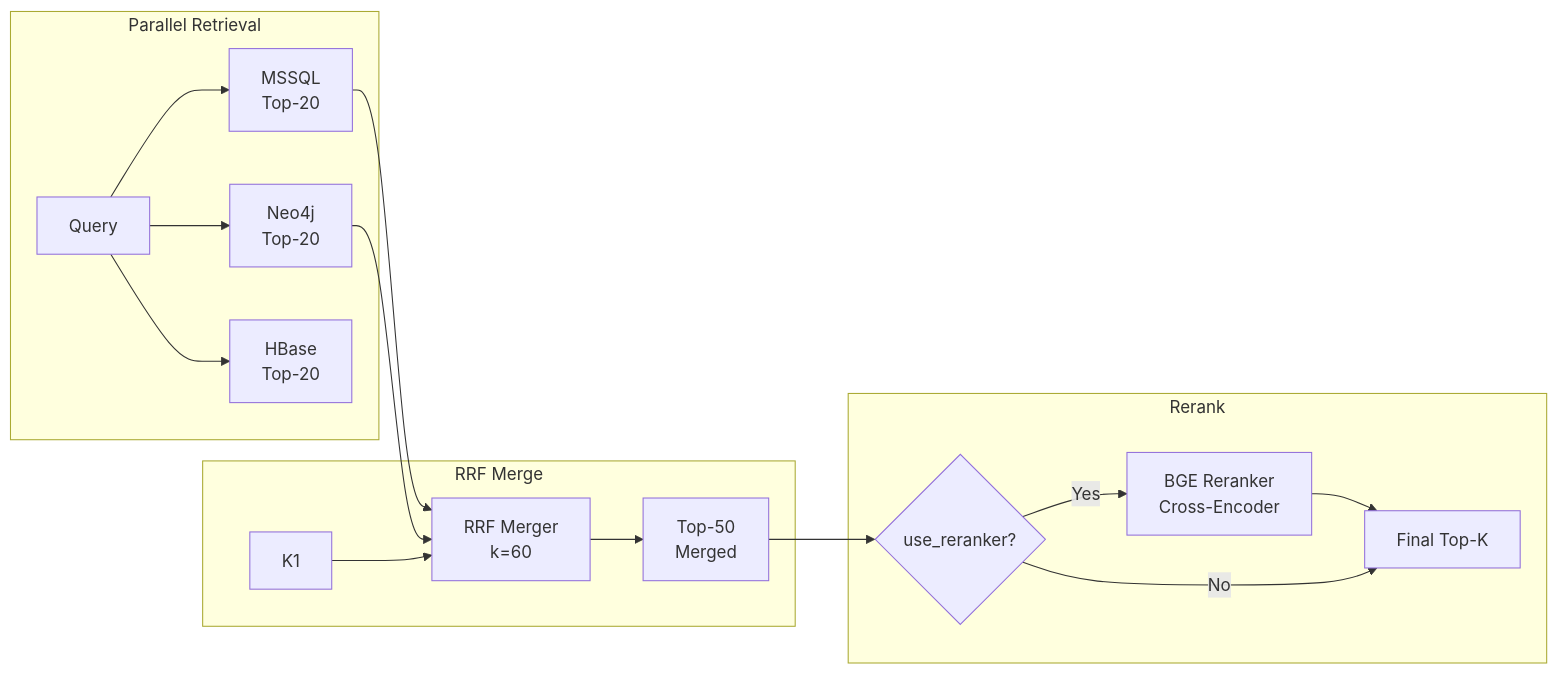
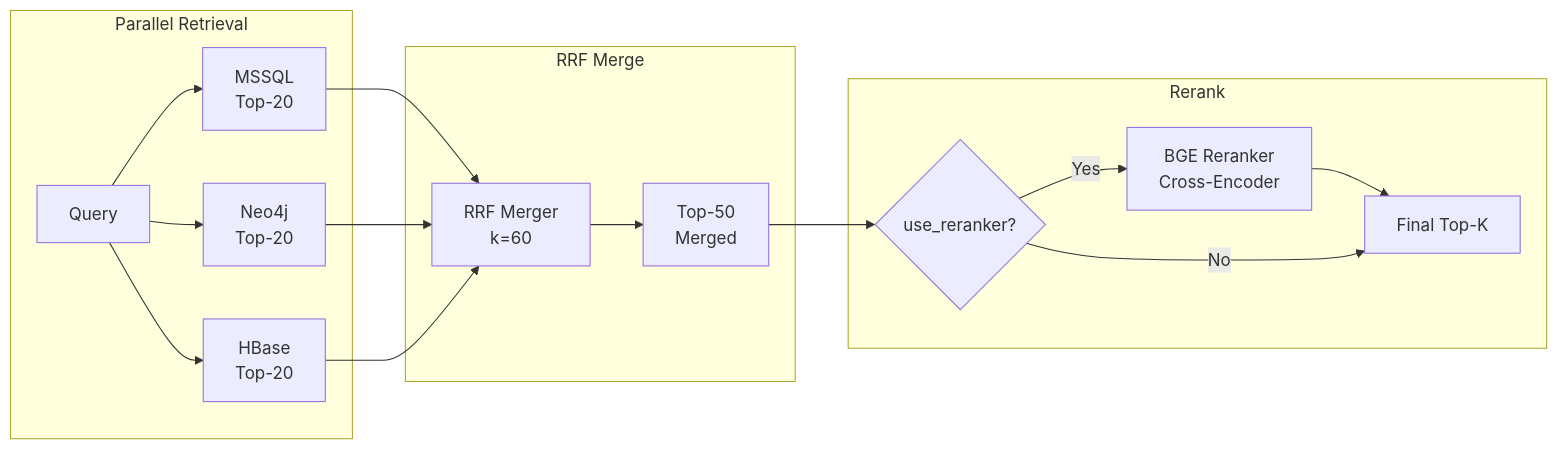
The third of 3 diagrams in Plan.md (ydkulks/SemanticSearchEngine), drawn with Mermaid before and after one commit. The commit also changed other lines of this file and 13 other files, not shown here.

````diff
--- a/Plan.md
+++ b/Plan.md
@@ -228,22 +243,22 @@
 ```mermaid
 graph LR
     subgraph "Parallel Retrieval"
         Q1[Query] --> MSSQL1[MSSQL<br/>Top-20]
         Q1 --> N4J1[Neo4j<br/>Top-20]
         Q1 --> H1[HBase<br/>Top-20]
     end
 
     subgraph "RRF Merge"
         MSSQL1 --> RRF[RRF Merger<br/>k=60]
         N4J1 --> RRF
-        K1 --> RRF
+        H1 --> RRF
         RRF --> RRF20[Top-50<br/>Merged]
     end
 
     subgraph "Rerank"
         RRF20 --> RERANK{use_reranker?}
         RERANK -->|Yes| BGE[BGE Reranker<br/>Cross-Encoder]
         BGE --> FINAL[Final Top-K]
         RERANK -->|No| FINAL
     end
 ```
````
